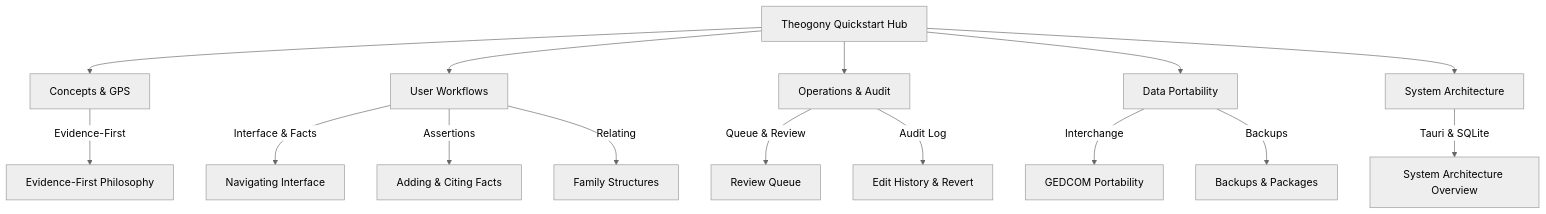
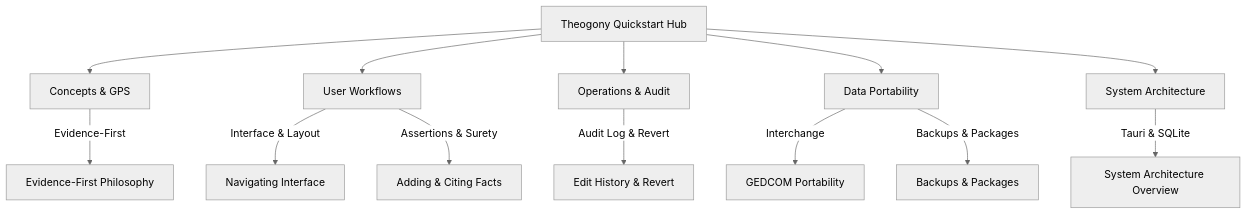
The diagram in openwiki/quickstart.md (alerum68/Theogony), drawn with Mermaid (neutral theme) before and after one commit. The commit also changed other lines of this file and 22 other files, not shown here.

````diff
--- a/openwiki/quickstart.md
+++ b/openwiki/quickstart.md
@@ -59,18 +54,16 @@
 ```mermaid
 graph TD
     QS[Theogony Quickstart Hub] --> C[Concepts & GPS]
     QS --> W[User Workflows]
     QS --> O[Operations & Audit]
     QS --> I[Data Portability]
     QS --> A[System Architecture]
 
     C --> |Evidence-First| EFP[Evidence-First Philosophy]
-    W --> |Interface & Facts| NAV[Navigating Interface]
-    W --> |Assertions| FAC[Adding & Citing Facts]
-    W --> |Relating| FAM[Family Structures]
-    O --> |Queue & Review| RQ[Review Queue]
-    O --> |Audit Log| EH[Edit History & Revert]
+    W --> |Interface & Layout| NAV[Navigating Interface]
+    W --> |Assertions & Surety| FAC[Adding & Citing Facts]
+    O --> |Audit Log & Revert| EH[Edit History & Revert]
     I --> |Interchange| GED[GEDCOM Portability]
-    I --> |Backups| PKG[Backups & Packages]
+    I --> |Backups & Packages| PKG[Backups & Packages]
     A --> |Tauri & SQLite| SOA[System Architecture Overview]
 ```
````
